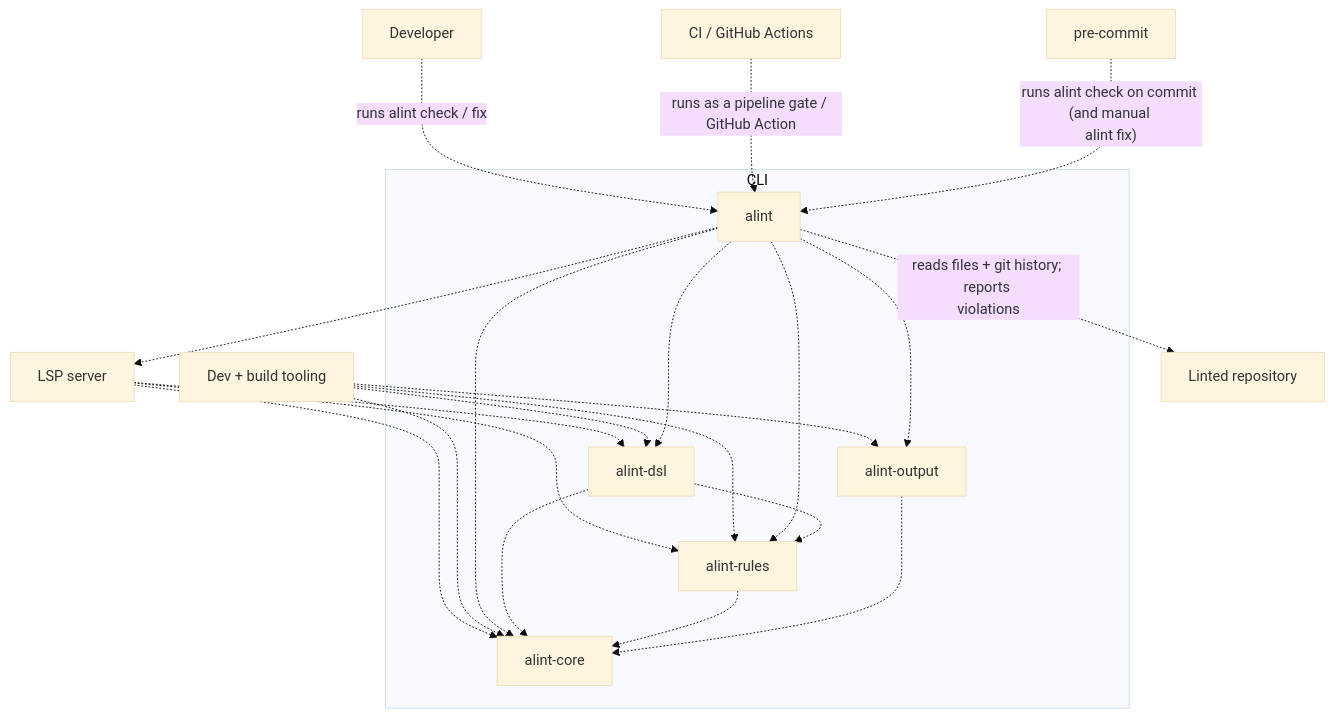
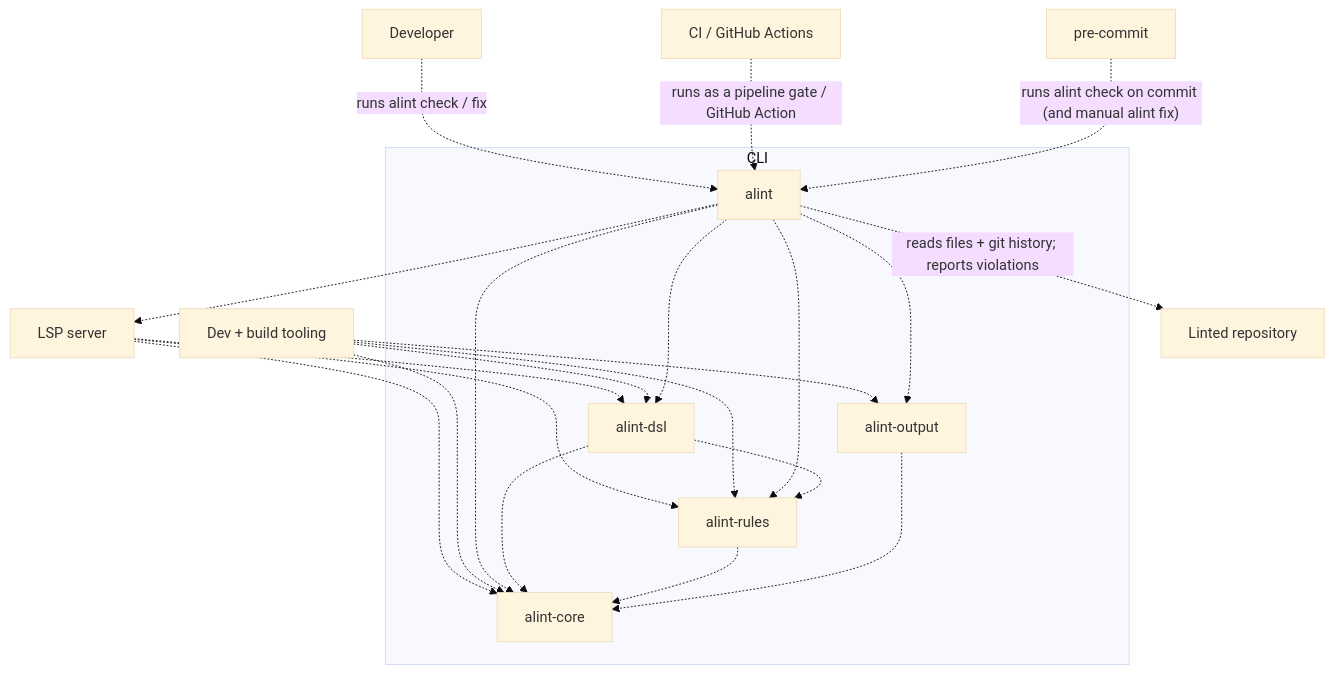
One commit to actions-marketplace-validations/asamarts_alint changed the third of 27 diagrams in docs/design/architecture/DIAGRAMS.md. Above: the diagram before and after it, drawn with Mermaid (base theme). The commit also changed other lines of this file and 19 other files, not shown here.

````diff
--- a/docs/design/architecture/DIAGRAMS.md
+++ b/docs/design/architecture/DIAGRAMS.md
@@ -67,38 +65,36 @@
 ```mermaid
 graph TB
   Dev["Developer"]
   Ci["CI / GitHub Actions"]
   PreCommit["pre-commit"]
   AlintLspServer["LSP server"]
   AlintTooling["Dev + build tooling"]
   subgraph AlintCli["`CLI`"]
     AlintCli.AlintBin["alint"]
     AlintCli.Dsl["alint-dsl"]
     AlintCli.Output["alint-output"]
     AlintCli.Rules["alint-rules"]
     AlintCli.Core["alint-core"]
   end
   Repo["Linted repository"]
   Dev -. "`runs alint check / fix`" .-> AlintCli.AlintBin
   Ci -. "`runs as a pipeline gate / GitHub Action`" .-> AlintCli.AlintBin
-  PreCommit -. "`runs alint check on commit (and manual 
-alint fix)`" .-> AlintCli.AlintBin
+  PreCommit -. "`runs alint check on commit (and manual alint fix)`" .-> AlintCli.AlintBin
   AlintLspServer -.-> AlintCli.Core
   AlintLspServer -.-> AlintCli.Dsl
   AlintLspServer -.-> AlintCli.Rules
   AlintTooling -.-> AlintCli.Core
   AlintTooling -.-> AlintCli.Dsl
   AlintTooling -.-> AlintCli.Rules
   AlintTooling -.-> AlintCli.Output
   AlintCli.AlintBin -.-> AlintCli.Core
   AlintCli.AlintBin -.-> AlintCli.Dsl
   AlintCli.AlintBin -.-> AlintCli.Rules
   AlintCli.AlintBin -.-> AlintCli.Output
   AlintCli.Dsl -.-> AlintCli.Core
   AlintCli.Rules -.-> AlintCli.Core
   AlintCli.Output -.-> AlintCli.Core
   AlintCli.Dsl -.-> AlintCli.Rules
-  AlintCli.AlintBin -. "`reads files + git history; reports 
-violations`" .-> Repo
+  AlintCli.AlintBin -. "`reads files + git history; reports violations`" .-> Repo
   AlintCli.AlintBin -.-> AlintLspServer
 ```
````
